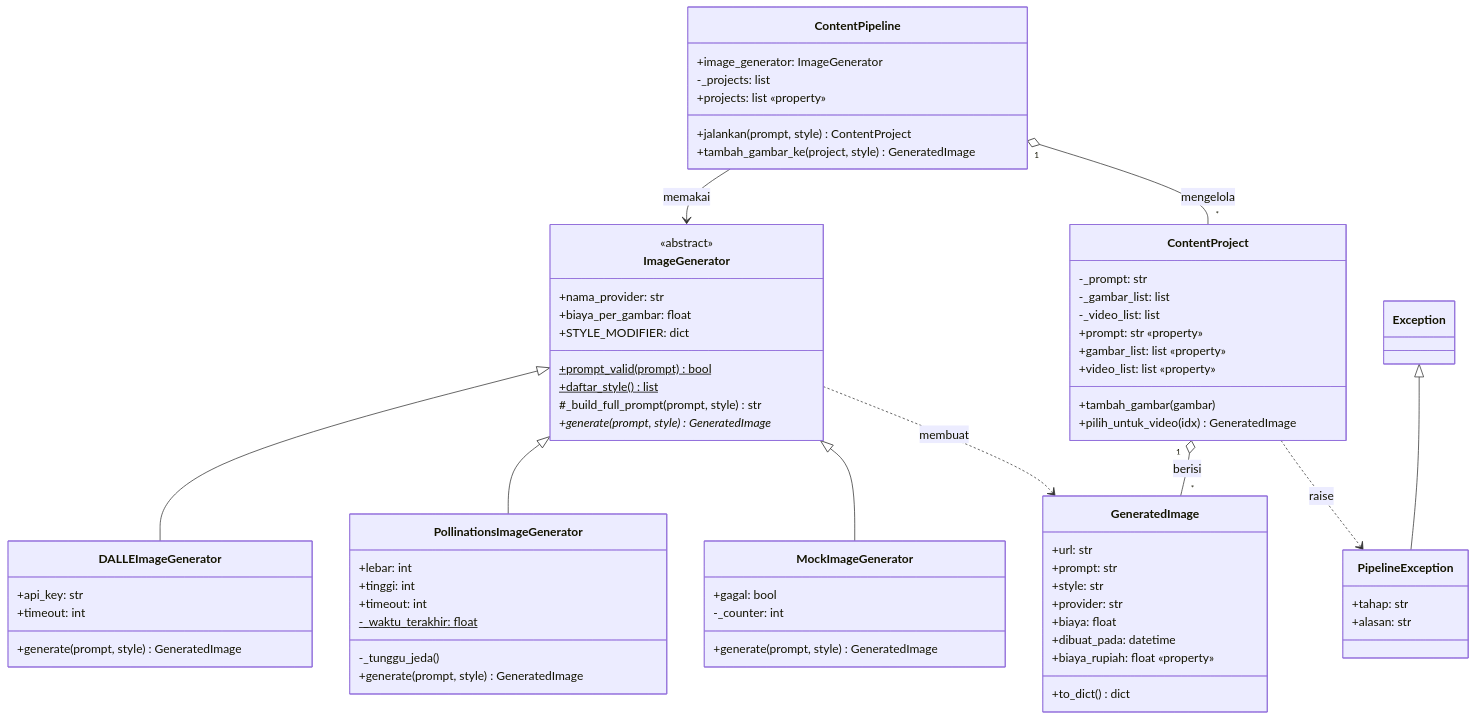
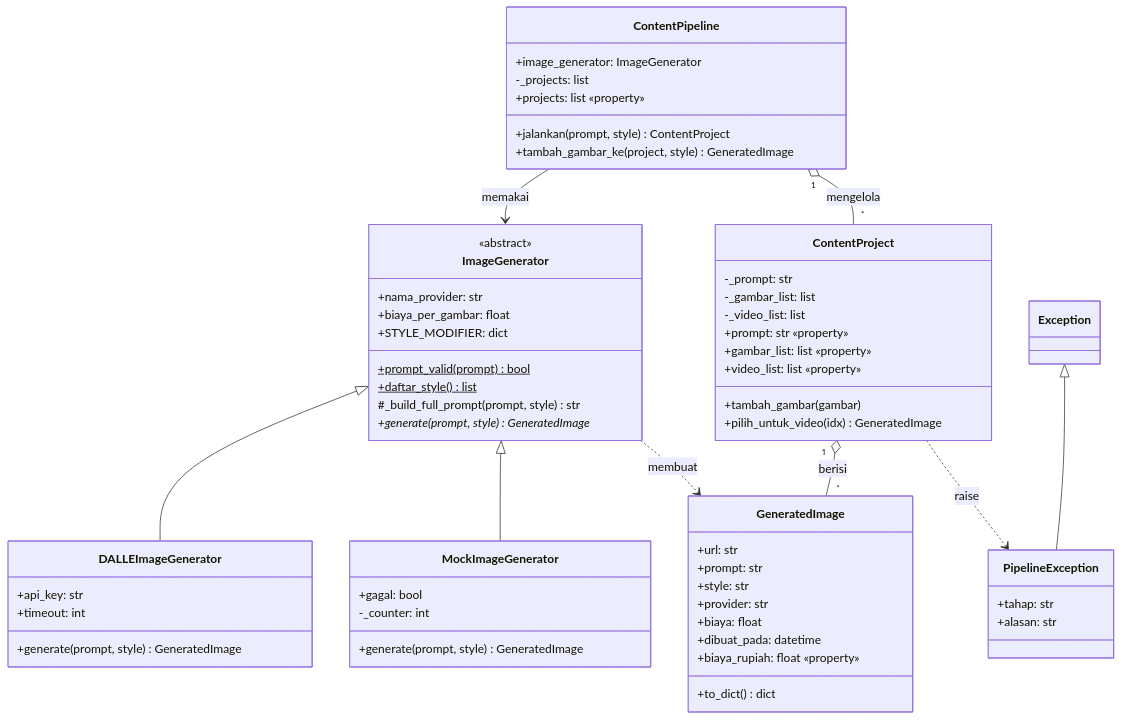
The diagram in docs/diagrams/class.mmd (Sesu-laia/ai-content-studio), drawn with Mermaid before and after one commit. The commit also changed 18 other files, not shown here.

```diff
--- a/docs/diagrams/class.mmd
+++ b/docs/diagrams/class.mmd
@@ -1,71 +1,62 @@
 classDiagram
     direction TB
     class ImageGenerator {
         <<abstract>>
         +nama_provider: str
         +biaya_per_gambar: float
         +STYLE_MODIFIER: dict
         +prompt_valid(prompt)$ bool
         +daftar_style()$ list
         #_build_full_prompt(prompt, style) str
         +generate(prompt, style)* GeneratedImage
     }
     class DALLEImageGenerator {
         +api_key: str
         +timeout: int
         +generate(prompt, style) GeneratedImage
     }
-    class PollinationsImageGenerator {
-        +lebar: int
-        +tinggi: int
-        +timeout: int
-        -_waktu_terakhir: float$
-        -_tunggu_jeda()
-        +generate(prompt, style) GeneratedImage
-    }
     class MockImageGenerator {
         +gagal: bool
         -_counter: int
         +generate(prompt, style) GeneratedImage
     }
     ImageGenerator <|-- DALLEImageGenerator
-    ImageGenerator <|-- PollinationsImageGenerator
     ImageGenerator <|-- MockImageGenerator
 
     class GeneratedImage {
         +url: str
         +prompt: str
         +style: str
         +provider: str
         +biaya: float
         +dibuat_pada: datetime
         +biaya_rupiah: float «property»
         +to_dict() dict
     }
     class ContentProject {
         -_prompt: str
         -_gambar_list: list
         -_video_list: list
         +prompt: str «property»
         +gambar_list: list «property»
         +video_list: list «property»
         +tambah_gambar(gambar)
         +pilih_untuk_video(idx) GeneratedImage
     }
     class ContentPipeline {
         +image_generator: ImageGenerator
         -_projects: list
         +projects: list «property»
         +jalankan(prompt, style) ContentProject
         +tambah_gambar_ke(project, style) GeneratedImage
     }
     class PipelineException {
         +tahap: str
         +alasan: str
     }
     ContentPipeline --> ImageGenerator : memakai
     ContentPipeline "1" o-- "*" ContentProject : mengelola
     ContentProject "1" o-- "*" GeneratedImage : berisi
     ImageGenerator ..> GeneratedImage : membuat
     Exception <|-- PipelineException
     ContentProject ..> PipelineException : raise
```
